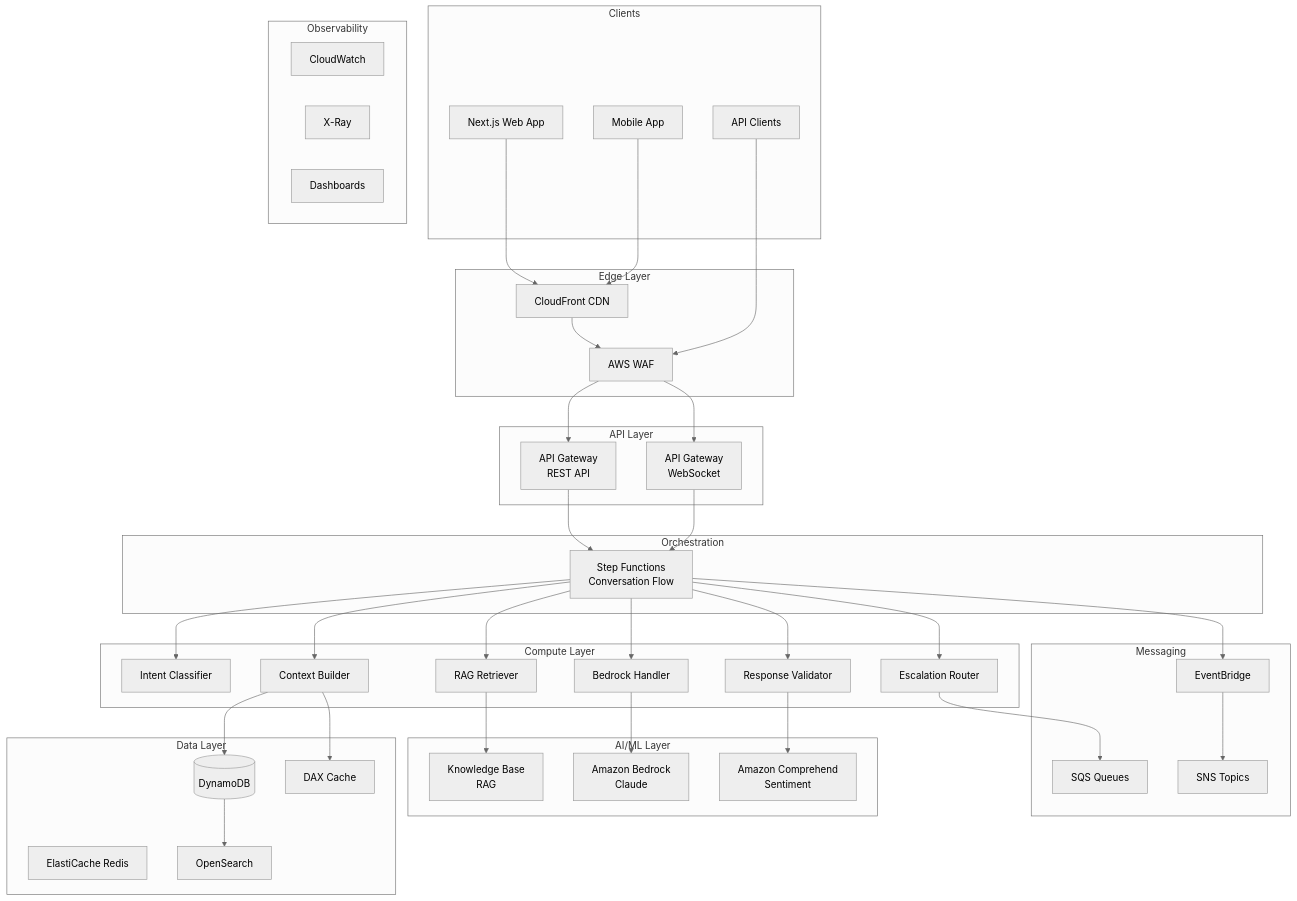
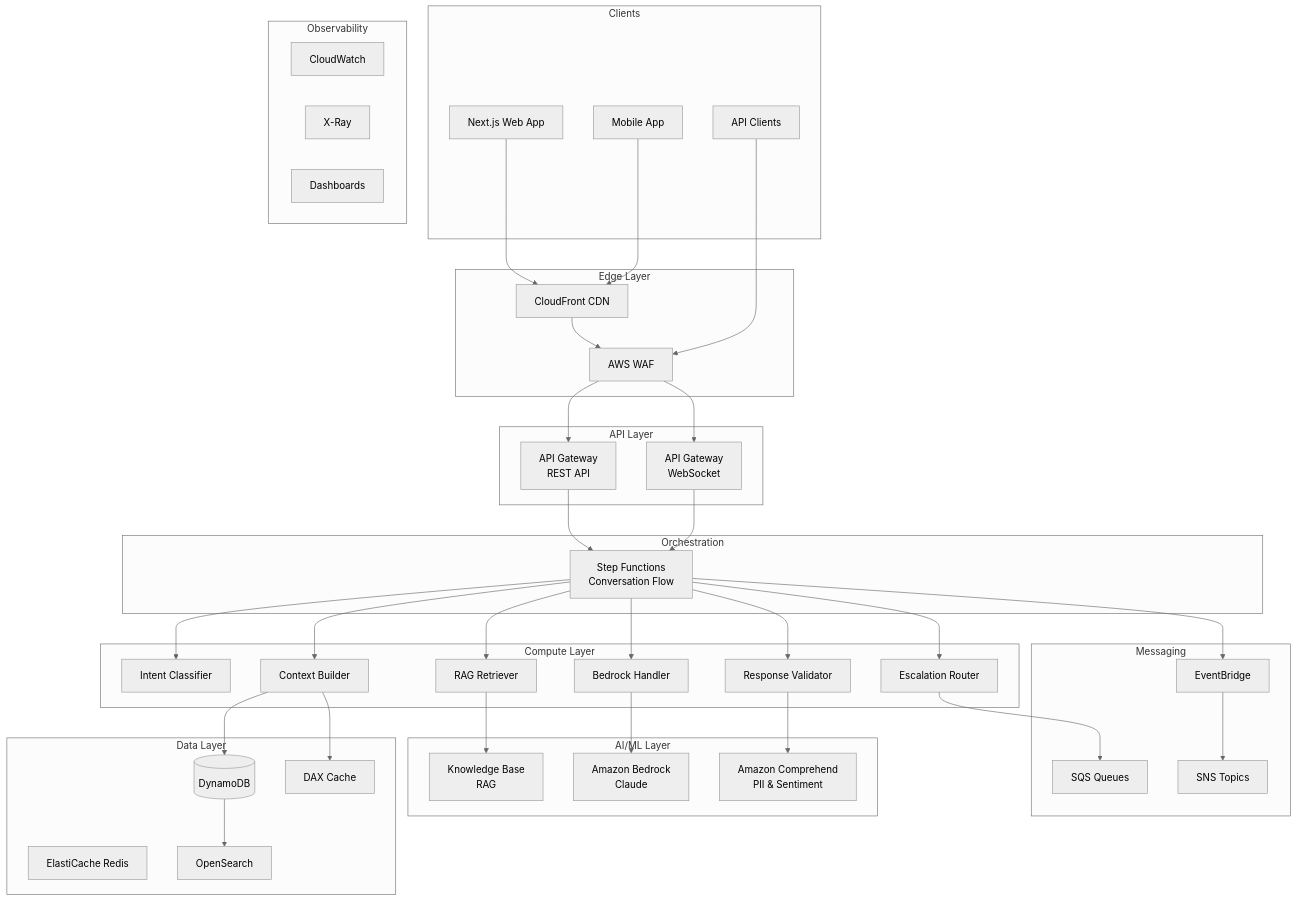
Before and after one commit to jujubear24/ai-customer-service-bot: the fifth of 9 diagrams in docs/architecture/system-design.md, drawn with Mermaid (neutral theme). The commit also changed other lines of this file and 3 other files, not shown here.

```diff
--- a/docs/architecture/system-design.md
+++ b/docs/architecture/system-design.md
@@ -232,7 +343,7 @@
     subgraph AI/ML Layer
         BEDROCK[Amazon Bedrock<br/>Claude]
         KB[Knowledge Base<br/>RAG]
-        COMPREHEND[Amazon Comprehend<br/>Sentiment]
+        COMPREHEND[Amazon Comprehend<br/>PII & Sentiment]
     end
 
     subgraph Data Layer
```
